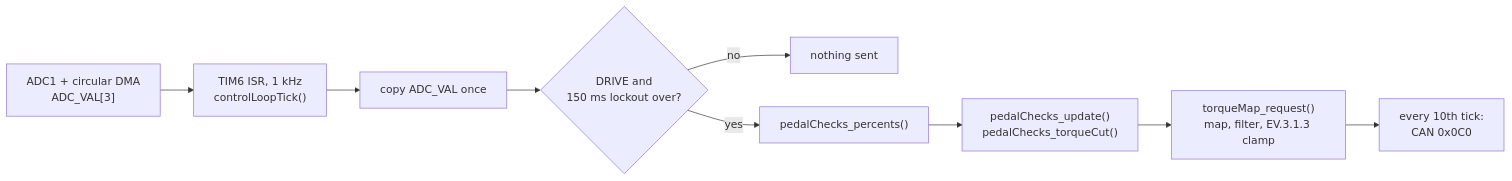
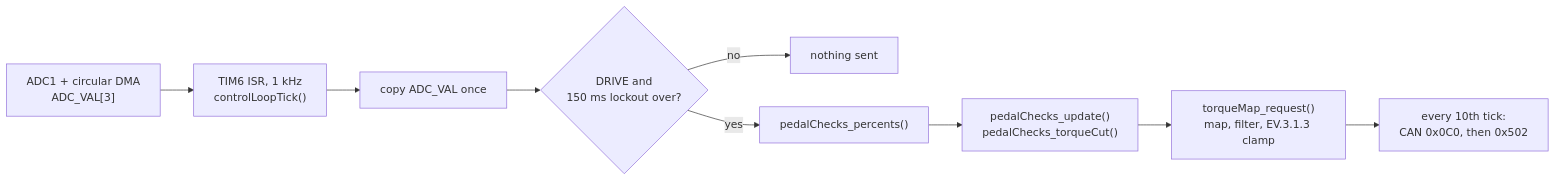
The diagram in docs/torque-control.md (bruinformula/mk12-vcu), drawn with Mermaid before and after one commit. The commit also changed other lines of this file and 13 other files, not shown here.

````diff
--- a/docs/torque-control.md
+++ b/docs/torque-control.md
@@ -7,11 +7,11 @@
 ```mermaid
 flowchart LR
     ADC["ADC1 + circular DMA<br/>ADC_VAL[3]"] --> TICK["TIM6 ISR, 1 kHz<br/>controlLoopTick()"]
     TICK --> SNAP["copy ADC_VAL once"]
     SNAP --> GATE{"DRIVE and<br/>150 ms lockout over?"}
     GATE -- no --> STOP["nothing sent"]
     GATE -- yes --> PCT["pedalChecks_percents()"]
     PCT --> CHK["pedalChecks_update()<br/>pedalChecks_torqueCut()"]
     CHK --> REQ["torqueMap_request()<br/>map, filter, EV.3.1.3 clamp"]
-    REQ --> TX["every 10th tick:<br/>CAN 0x0C0"]
+    REQ --> TX["every 10th tick:<br/>CAN 0x0C0, then 0x502"]
 ```
````
